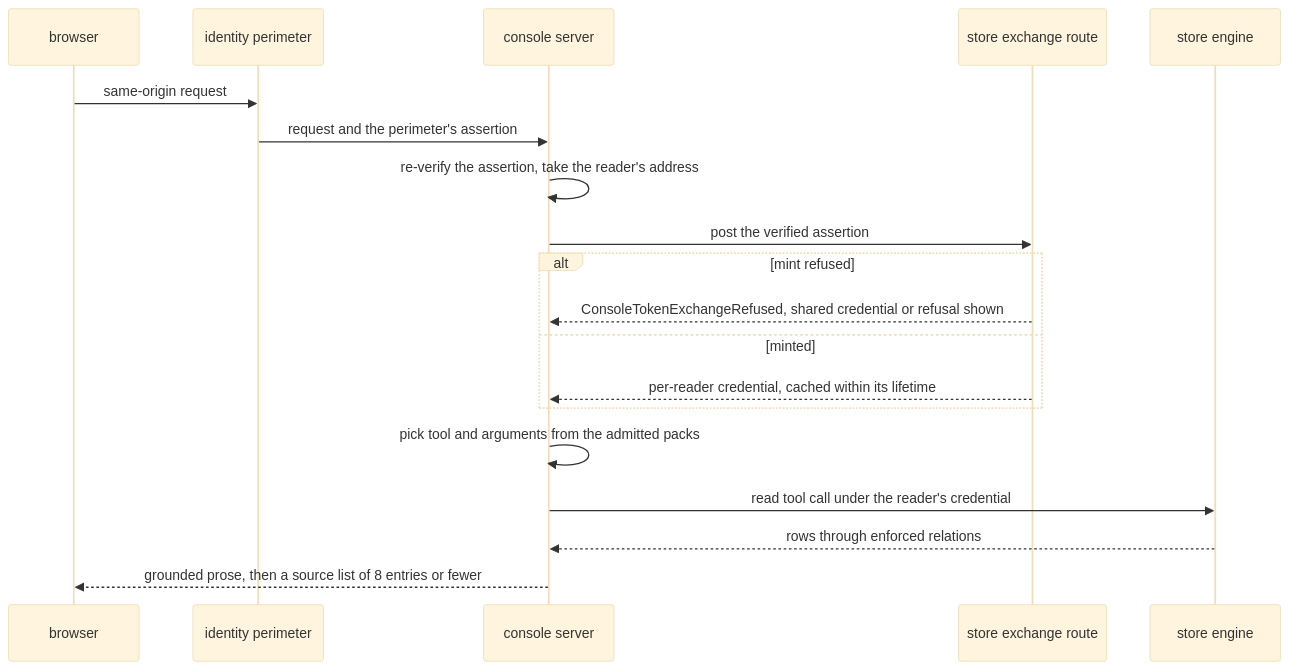
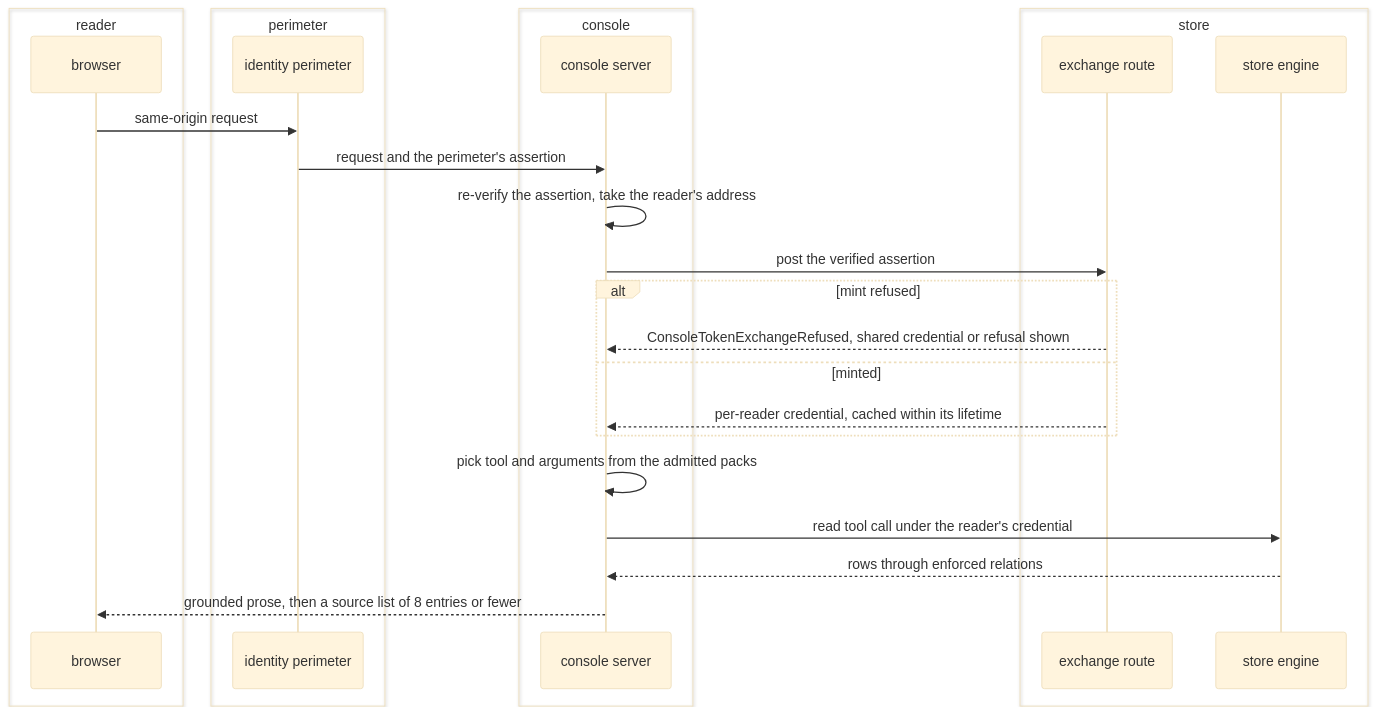
Before and after one commit to fractalboxdev/contextful: the third of 5 diagrams in spec/71-console.md, drawn with Mermaid (base theme). The commit also changed other lines of this file and 33 other files, not shown here.

Commit message:
spec: diagrams draw contracts, parties and trust zones as containers; a node standing for one is refused

````diff
--- a/spec/71-console.md
+++ b/spec/71-console.md
@@ -130,21 +163,29 @@
 ```mermaid
 sequenceDiagram
-  participant B as browser
-  participant P as identity perimeter
-  participant S as console server
-  participant X as store exchange route
-  participant E as store engine
+  box reader
+    participant B as browser
+  end
+  box perimeter
+    participant P as identity perimeter
+  end
+  box console
+    participant S as console server
+  end
+  box store
+    participant X as exchange route
+    participant E as store engine
+  end
   B->>P: same-origin request
   P->>S: request and the perimeter's assertion
   S->>S: re-verify the assertion, take the reader's address
   S->>X: post the verified assertion
   alt mint refused
     X-->>S: ConsoleTokenExchangeRefused, shared credential or refusal shown
   else minted
     X-->>S: per-reader credential, cached within its lifetime
   end
   S->>S: pick tool and arguments from the admitted packs
   S->>E: read tool call under the reader's credential
   E-->>S: rows through enforced relations
   S-->>B: grounded prose, then a source list of 8 entries or fewer
 ```
````
